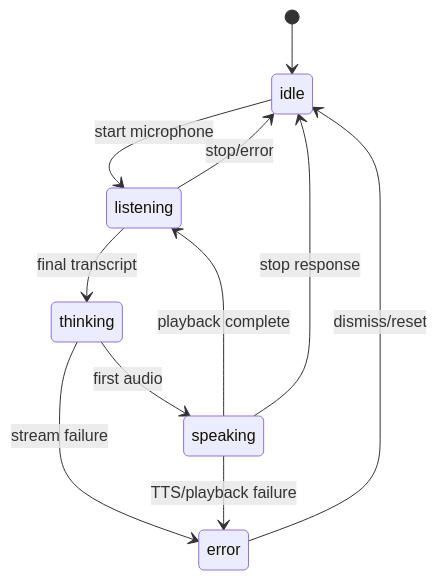
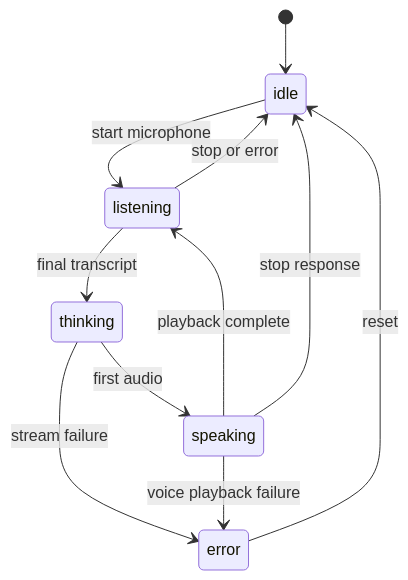
One commit to shantan1213/voice-pilot changed the diagram in docs/04-frontend-architecture.md. Above: the diagram before and after it, drawn with Mermaid. The commit also changed 8 other files, not shown here.

Commit message:
Normalize all Mermaid diagrams for GitHub

````diff
--- a/docs/04-frontend-architecture.md
+++ b/docs/04-frontend-architecture.md
@@ -9,13 +9,13 @@
 ```mermaid
 stateDiagram-v2
   [*] --> idle
   idle --> listening: start microphone
   listening --> thinking: final transcript
   thinking --> speaking: first audio
   speaking --> listening: playback complete
   speaking --> idle: stop response
-  listening --> idle: stop/error
+  listening --> idle: stop or error
   thinking --> error: stream failure
-  speaking --> error: TTS/playback failure
-  error --> idle: dismiss/reset
+  speaking --> error: voice playback failure
+  error --> idle: reset
 ```
````
